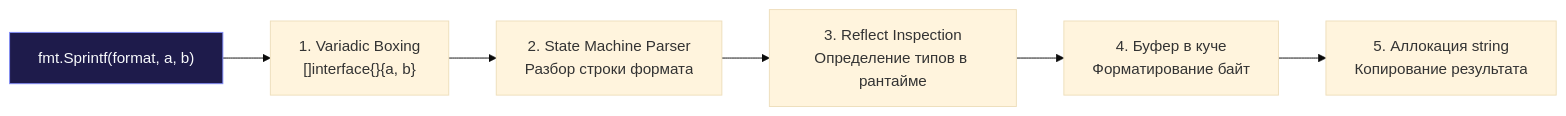
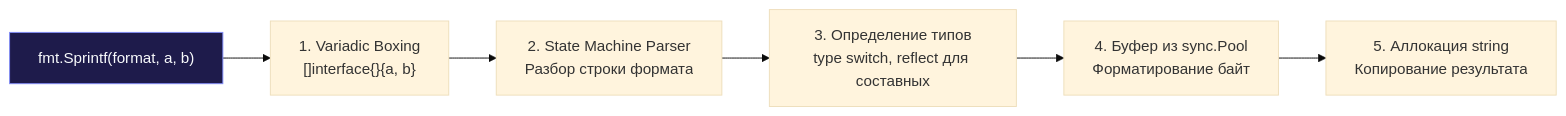
The second of 2 diagrams in sources/6. Стандартная библиотека Go/2. fmt. Форматированный вывод и форматирование строк.md (UnrealTemplier/go-textbook-ru), drawn with Mermaid (base theme) before and after one commit. The commit also changed other lines of this file and 47 other files, not shown here.

````diff
--- a/sources/6. Стандартная библиотека Go/2. fmt. Форматированный вывод и форматирование строк.md
+++ b/sources/6. Стандартная библиотека Go/2. fmt. Форматированный вывод и форматирование строк.md
@@ -114,18 +117,18 @@
 ```mermaid
 flowchart LR
     classDef process  fill:#1e293b,stroke:#38bdf8,stroke-width:1px,color:#f8fafc
     classDef success  fill:#064e3b,stroke:#34d399,stroke-width:1px,color:#f8fafc
     classDef error    fill:#7f1d1d,stroke:#f87171,stroke-width:1px,color:#f8fafc
     classDef warning  fill:#78350f,stroke:#fbbf24,stroke-width:1px,color:#f8fafc
     classDef entry    fill:#1e3a5f,stroke:#38bdf8,stroke-width:2px,color:#f8fafc
     classDef aux      fill:#334155,stroke:#64748b,stroke-width:1px,color:#f8fafc
     classDef system   fill:#312e81,stroke:#a78bfa,stroke-width:1px,color:#f8fafc
     classDef data     fill:#132d29,stroke:#2dd4bf,stroke-width:1px,color:#f8fafc
     classDef network  fill:#881337,stroke:#fb7185,stroke-width:1px,color:#f8fafc
     classDef accent   fill:#1e1b4b,stroke:#818cf8,stroke-width:1px,color:#f8fafc
     Call["fmt.Sprintf(format, a, b)"]:::accent --> Boxing["1. Variadic Boxing<br>[]interface{}{a, b}"]
     Boxing --> FSM["2. State Machine Parser<br>Разбор строки формата"]
-    FSM --> Reflect["3. Reflect Inspection<br>Определение типов в рантайме"]
-    Reflect --> Buf["4. Буфер в куче<br>Форматирование байт"]
+    FSM --> Reflect["3. Определение типов<br>type switch, reflect для составных"]
+    Reflect --> Buf["4. Буфер из sync.Pool<br>Форматирование байт"]
     Buf --> Str["5. Аллокация string<br>Копирование результата"]
 ```
````
